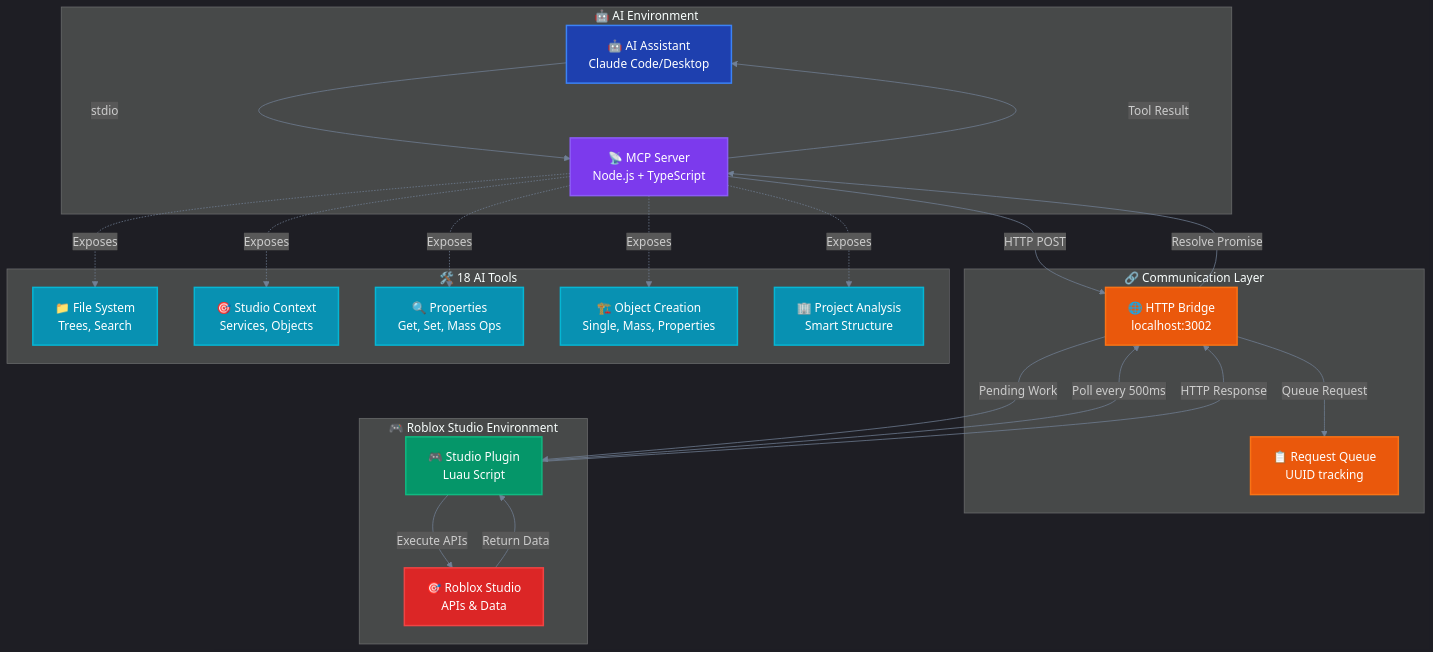
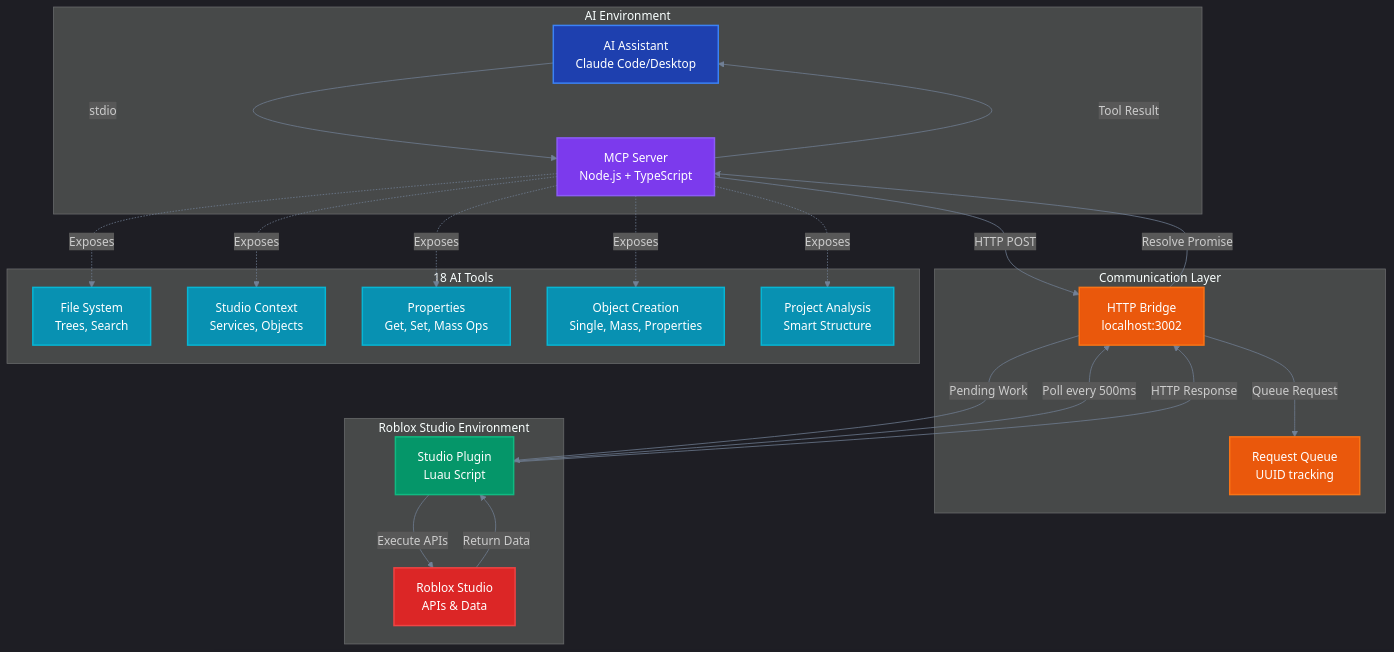
One commit to GJayLG/robloxstudio-mcp changed the first of 2 diagrams in README.md. Above: the diagram before and after it, drawn with Mermaid. The commit also changed other lines of this file and 1 other file, not shown here.

First line of the commit message:
Remove emojis and improve plugin safety

````diff
--- a/README.md
+++ b/README.md
@@ -53,57 +53,57 @@
 ```mermaid
 %%{init: {'theme':'dark', 'themeVariables': {'primaryColor':'#2d3748', 'primaryTextColor':'#ffffff', 'primaryBorderColor':'#4a5568', 'lineColor':'#718096', 'sectionBkgColor':'#1a202c', 'altSectionBkgColor':'#2d3748', 'gridColor':'#4a5568', 'secondaryColor':'#2b6cb0', 'tertiaryColor':'#319795'}}}%%
 graph TB
-    subgraph AI_ENV ["🤖 AI Environment"]
-        AI["🤖 AI Assistant<br/>Claude Code/Desktop"]
-        MCP["📡 MCP Server<br/>Node.js + TypeScript"]
+    subgraph AI_ENV ["AI Environment"]
+        AI["AI Assistant<br/>Claude Code/Desktop"]
+        MCP["MCP Server<br/>Node.js + TypeScript"]
     end
     
-    subgraph COMM_LAYER ["🔗 Communication Layer"]
-        HTTP["🌐 HTTP Bridge<br/>localhost:3002"]
-        QUEUE["📋 Request Queue<br/>UUID tracking"]
+    subgraph COMM_LAYER ["Communication Layer"]
+        HTTP["HTTP Bridge<br/>localhost:3002"]
+        QUEUE["Request Queue<br/>UUID tracking"]
     end
     
-    subgraph STUDIO_ENV ["🎮 Roblox Studio Environment"]
-        PLUGIN["🎮 Studio Plugin<br/>Luau Script"]
-        STUDIO["🎯 Roblox Studio<br/>APIs & Data"]
+    subgraph STUDIO_ENV ["Roblox Studio Environment"]
+        PLUGIN["Studio Plugin<br/>Luau Script"]
+        STUDIO["Roblox Studio<br/>APIs & Data"]
     end
     
-    subgraph TOOLS ["🛠️ 18 AI Tools"]
-        FILE["📁 File System<br/>Trees, Search"]
-        CONTEXT["🎯 Studio Context<br/>Services, Objects"]
-        PROPS["🔍 Properties<br/>Get, Set, Mass Ops"]
-        CREATE["🏗️ Object Creation<br/>Single, Mass, Properties"]
-        PROJECT["🏢 Project Analysis<br/>Smart Structure"]
+    subgraph TOOLS ["18 AI Tools"]
+        FILE["File System<br/>Trees, Search"]
+        CONTEXT["Studio Context<br/>Services, Objects"]
+        PROPS["Properties<br/>Get, Set, Mass Ops"]
+        CREATE["Object Creation<br/>Single, Mass, Properties"]
+        PROJECT["Project Analysis<br/>Smart Structure"]
     end
     
     AI -->|stdio| MCP
     MCP -->|HTTP POST| HTTP
     HTTP -->|Queue Request| QUEUE
     PLUGIN -->|Poll every 500ms| HTTP
     HTTP -->|Pending Work| PLUGIN
     PLUGIN -->|Execute APIs| STUDIO
     STUDIO -->|Return Data| PLUGIN
     PLUGIN -->|HTTP Response| HTTP
     HTTP -->|Resolve Promise| MCP
     MCP -->|Tool Result| AI
     
     MCP -.->|Exposes| FILE
     MCP -.->|Exposes| CONTEXT  
     MCP -.->|Exposes| PROPS
     MCP -.->|Exposes| CREATE
     MCP -.->|Exposes| PROJECT
     
     classDef aiStyle fill:#1e40af,stroke:#3b82f6,stroke-width:2px,color:#ffffff
     classDef mcpStyle fill:#7c3aed,stroke:#8b5cf6,stroke-width:2px,color:#ffffff
     classDef httpStyle fill:#ea580c,stroke:#f97316,stroke-width:2px,color:#ffffff
     classDef pluginStyle fill:#059669,stroke:#10b981,stroke-width:2px,color:#ffffff
     classDef studioStyle fill:#dc2626,stroke:#ef4444,stroke-width:2px,color:#ffffff
     classDef toolStyle fill:#0891b2,stroke:#06b6d4,stroke-width:2px,color:#ffffff
     
     class AI aiStyle
     class MCP mcpStyle
     class HTTP,QUEUE httpStyle
     class PLUGIN pluginStyle
     class STUDIO studioStyle
     class FILE,CONTEXT,PROPS,CREATE,PROJECT toolStyle
 ```
````
